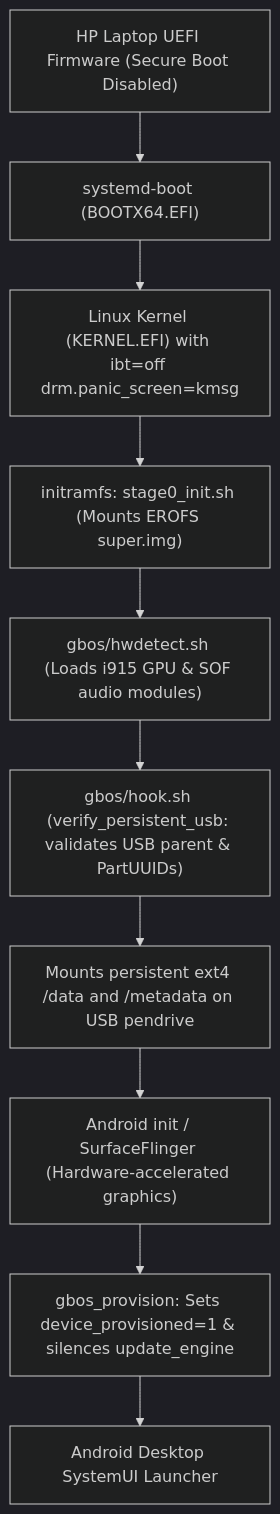
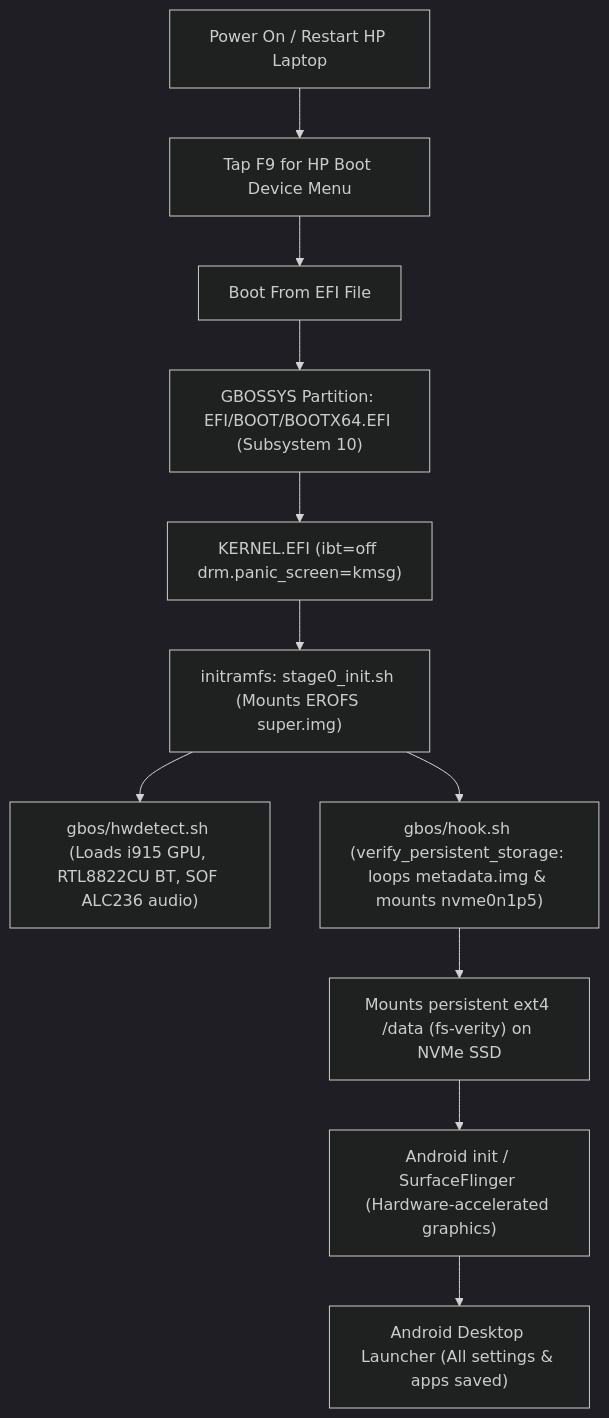
The diagram in README.md (aurtxx/gbos86-hp-laptop-port), drawn with Mermaid (dark theme) before and after one commit. The commit also changed other lines of this file and 7 other files, not shown here.

Commit message:
feat(dualboot): add REA super report, 0xc000007b fix, NVMe persistent storage, and Antigravity skill

````diff
--- a/README.md
+++ b/README.md
@@ -37,12 +39,13 @@
 ```mermaid
 flowchart TD
-    UEFI["HP Laptop UEFI Firmware (Secure Boot Disabled)"] --> SDBOOT["systemd-boot (BOOTX64.EFI)"]
-    SDBOOT --> KERNEL["Linux Kernel (KERNEL.EFI) with ibt=off drm.panic_screen=kmsg"]
+    POWER["Power On / Restart HP Laptop"] --> F9["Tap F9 for HP Boot Device Menu"]
+    F9 --> UEFI_SELECT["Boot From EFI File"]
+    UEFI_SELECT --> SDBOOT["GBOSSYS Partition: EFI/BOOT/BOOTX64.EFI (Subsystem 10)"]
+    SDBOOT --> KERNEL["KERNEL.EFI (ibt=off drm.panic_screen=kmsg)"]
     KERNEL --> STAGE0["initramfs: stage0_init.sh (Mounts EROFS super.img)"]
-    STAGE0 --> HWDETECT["gbos/hwdetect.sh (Loads i915 GPU & SOF audio modules)"]
-    HWDETECT --> HOOK["gbos/hook.sh (verify_persistent_usb: validates USB parent & PartUUIDs)"]
-    HOOK --> MOUNT["Mounts persistent ext4 /data and /metadata on USB pendrive"]
-    MOUNT --> ANDROID_INIT["Android init / SurfaceFlinger (Hardware-accelerated graphics)"]
-    ANDROID_INIT --> PROVISION["gbos_provision: Sets device_provisioned=1 & silences update_engine"]
-    PROVISION --> DESKTOP["Android Desktop SystemUI Launcher"]
+    STAGE0 --> HWDETECT["gbos/hwdetect.sh (Loads i915 GPU, RTL8822CU BT, SOF ALC236 audio)"]
+    STAGE0 --> HOOK["gbos/hook.sh (verify_persistent_storage: loops metadata.img & mounts nvme0n1p5)"]
+    HOOK --> NVME_MOUNT["Mounts persistent ext4 /data (fs-verity) on NVMe SSD"]
+    NVME_MOUNT --> ANDROID_INIT["Android init / SurfaceFlinger (Hardware-accelerated graphics)"]
+    ANDROID_INIT --> DESKTOP["Android Desktop Launcher (All settings & apps saved)"]
 ```
````
